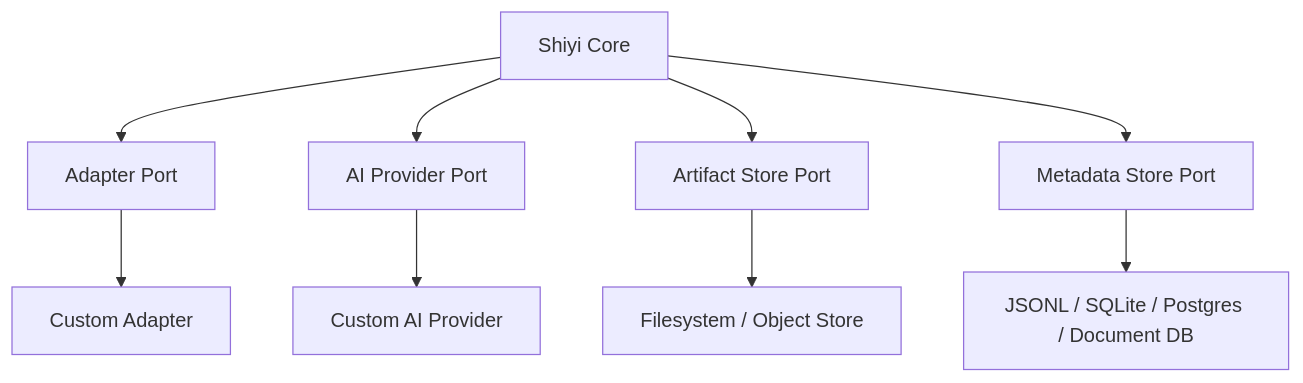
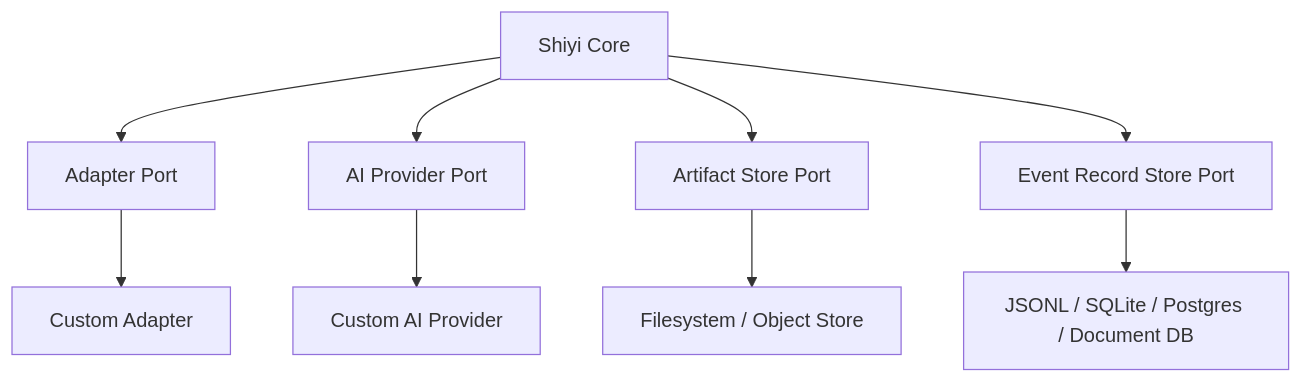
One commit to LoveOrange/shiyi changed the diagram in docs/architecture.md. Above: the diagram before and after it, drawn with Mermaid. The commit also changed other lines of this file and 18 other files, not shown here.

Commit message:
refactor: rename metadata store to event record store

````diff
--- a/docs/architecture.md
+++ b/docs/architecture.md
@@ -67,12 +67,12 @@
 ```mermaid
 flowchart TB
   Core[Shiyi Core]
   Core --> AdapterPort[Adapter Port]
   Core --> AIProviderPort[AI Provider Port]
   Core --> ArtifactStorePort[Artifact Store Port]
-  Core --> MetadataStorePort[Metadata Store Port]
+  Core --> EventRecordStorePort[Event Record Store Port]
   AdapterPort --> CustomAdapter[Custom Adapter]
   AIProviderPort --> CustomAI[Custom AI Provider]
   ArtifactStorePort --> FileSystem[Filesystem / Object Store]
-  MetadataStorePort --> MetadataBackend[JSONL / SQLite / Postgres / Document DB]
+  EventRecordStorePort --> EventRecordBackend[JSONL / SQLite / Postgres / Document DB]
 ```
````
